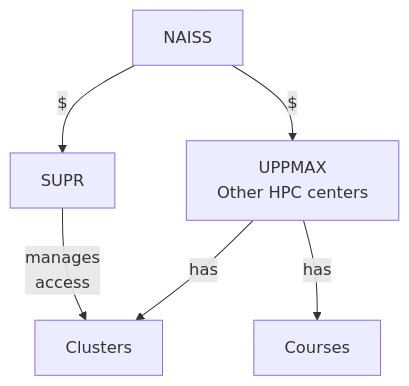
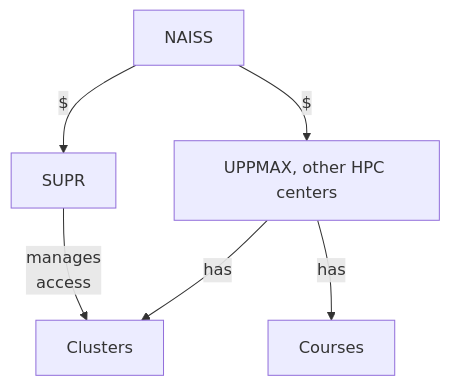
One commit to UPPMAX/uppmax_intro_day_1 changed the diagram in docs/sessions/introduction_bigger_picture.md. Above: the diagram before and after it, drawn with Mermaid. The commit also changed 5 other files, not shown here.

````diff
--- a/docs/sessions/introduction_bigger_picture.md
+++ b/docs/sessions/introduction_bigger_picture.md
@@ -5,14 +5,14 @@
 ```mermaid
 flowchart TD
   naiss[NAISS]
   supr[SUPR]
-  uppmax[UPPMAX\nOther HPC centers]
+  uppmax[UPPMAX, other HPC centers]
   clusters[Clusters]
   courses[Courses]
 
   supr --> |manages\naccess| clusters
   naiss --> |$| uppmax
   naiss --> |$| supr
   uppmax --> |has| clusters
   uppmax --> |has| courses
 ```
````
